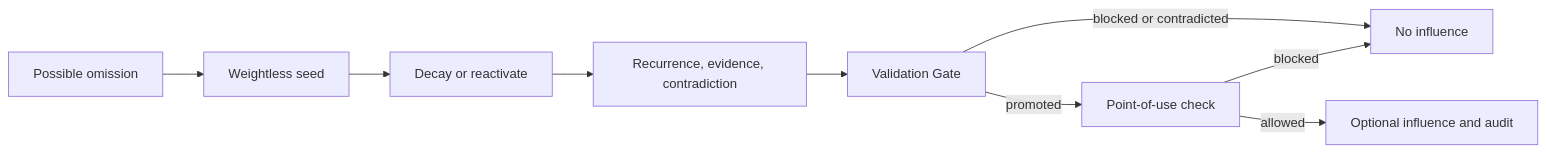
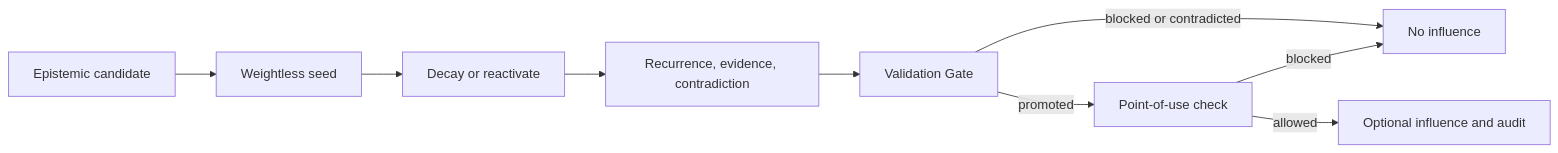
Before and after one commit to E-AI-MODEL/shadowseed-pro: the first of 2 diagrams in README.md, drawn with Mermaid. The commit also changed other lines of this file, not shown here.

````diff
--- a/README.md
+++ b/README.md
@@ -220,11 +202,11 @@
 ```mermaid
 flowchart LR
-    A[Possible omission] --> B[Weightless seed]
+    A[Epistemic candidate] --> B[Weightless seed]
     B --> C[Decay or reactivate]
     C --> D[Recurrence, evidence, contradiction]
     D --> E[Validation Gate]
     E -->|blocked or contradicted| F[No influence]
     E -->|promoted| G[Point-of-use check]
     G -->|blocked| F
     G -->|allowed| H[Optional influence and audit]
 ```
````
